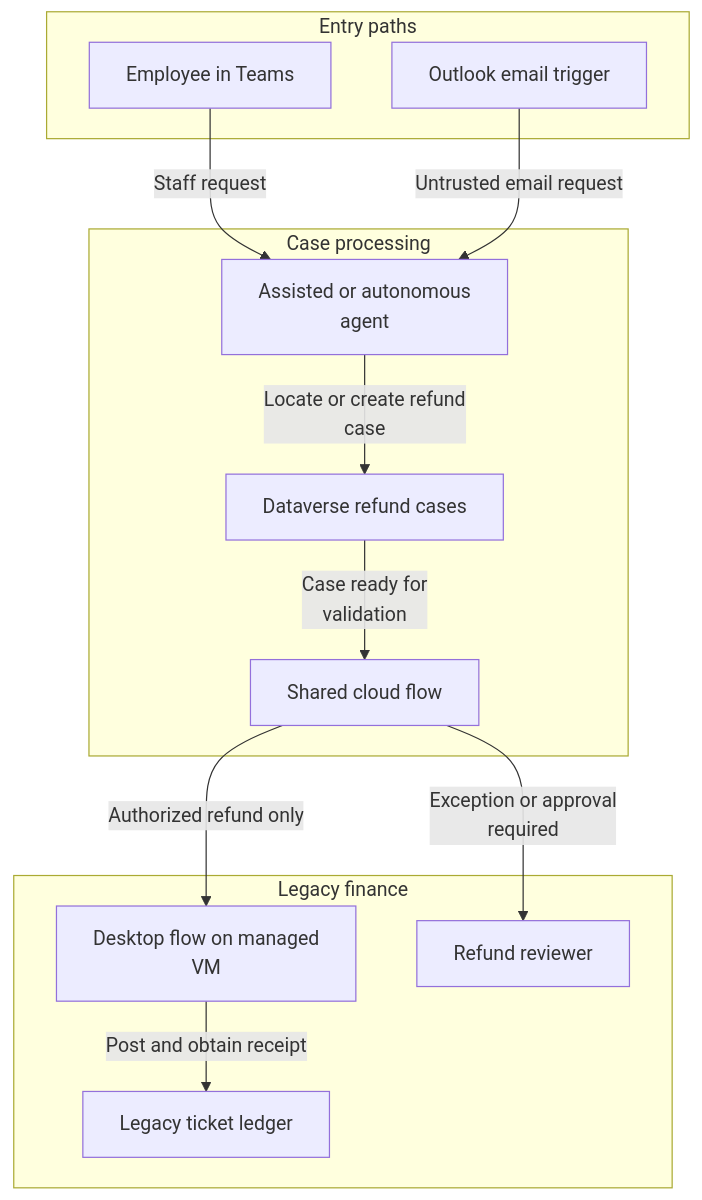
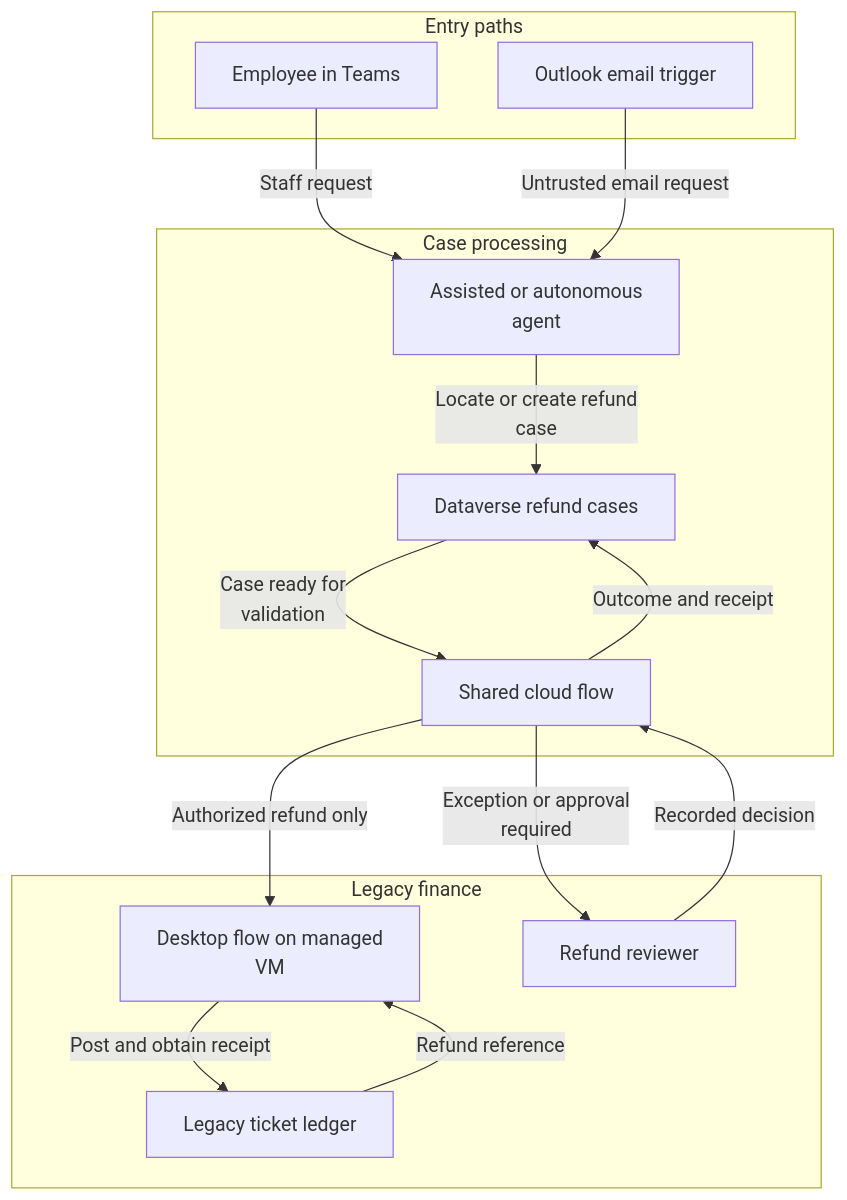
The first of 2 diagrams in solution-ideas/ticket-refunds.md (abhishek-ai-enabler/copilotstudio-architecture-patterns), drawn with Mermaid before and after one commit. The commit also changed other lines of this file and 41 other files, not shown here.

First line of the commit message:
Review diagrams: add return paths and fix flow accuracy

````diff
--- a/solution-ideas/ticket-refunds.md
+++ b/solution-ideas/ticket-refunds.md
@@ -7,26 +7,29 @@
 ```mermaid
 flowchart TB
     accTitle: Assisted and email-driven refunds on a shared legacy workflow - architecture
     accDescr: Both agents must share one refund identity check and one case key. An uncertain desktop result must be reconciled in the ledger before another payment attempt.
     subgraph group0["Entry paths"]
         T["Employee in Teams"]
         E["Outlook email trigger"]
     end
     subgraph group2["Case processing"]
         A["Assisted or autonomous<br/>agent"]
         D["Dataverse refund cases"]
         F["Shared cloud flow"]
     end
     subgraph group5["Legacy finance"]
         R["Desktop flow on managed<br/>VM"]
         L["Legacy ticket ledger"]
         H["Refund reviewer"]
     end
     T -->|"Staff request"| A
     E -->|"Untrusted email request"| A
     A -->|"Locate or create refund<br/>case"| D
     D -->|"Case ready for<br/>validation"| F
     F -->|"Exception or approval<br/>required"| H
     F -->|"Authorized refund only"| R
     R -->|"Post and obtain receipt"| L
+    H -->|"Recorded decision"| F
+    F -->|"Outcome and receipt"| D
+    L -->|"Refund reference"| R
 ```
````
